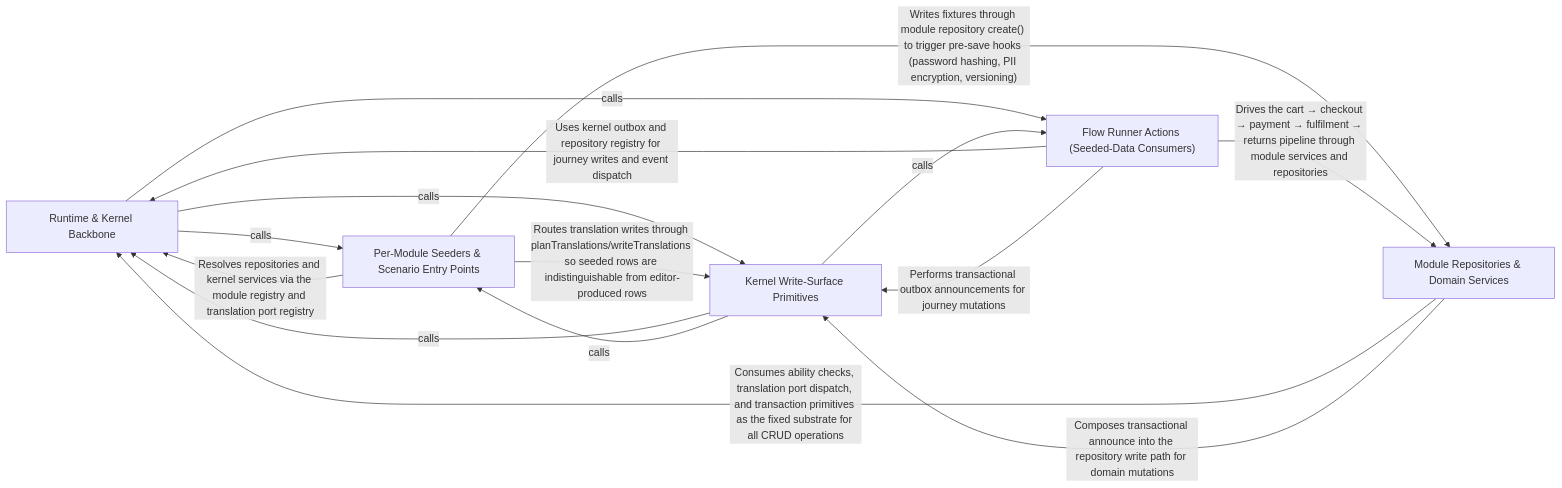
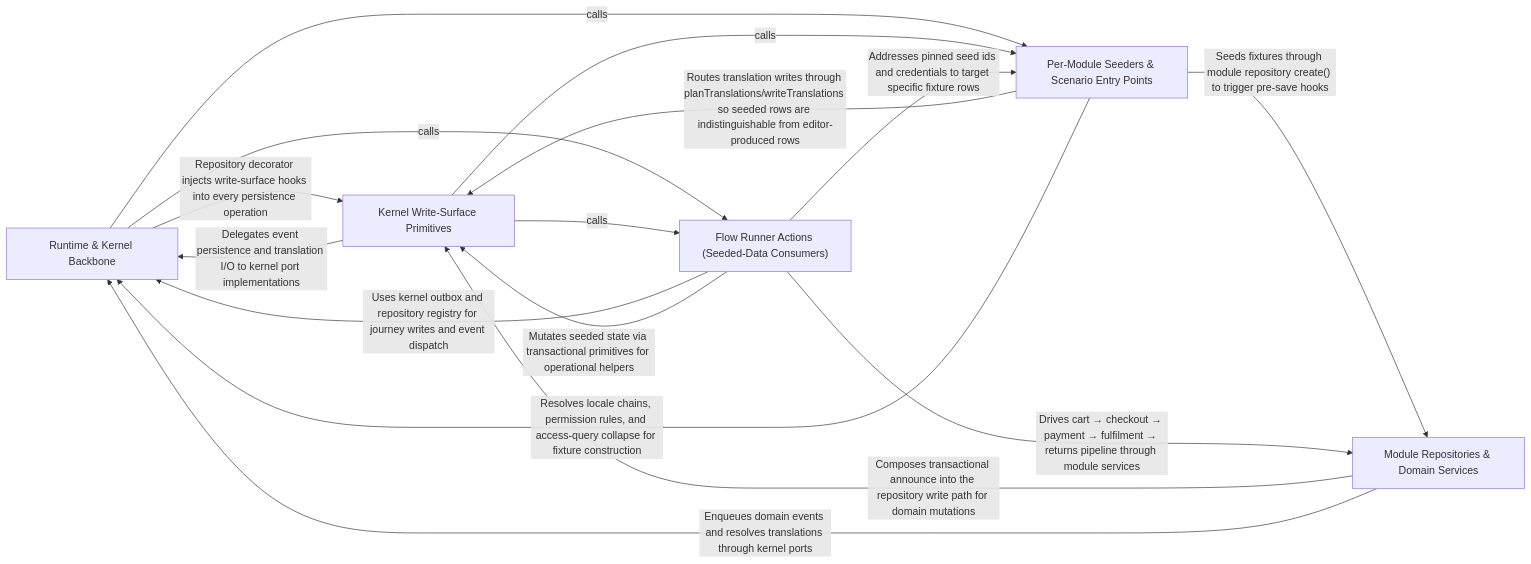
Before and after one commit to Guebbit/boilerplate-node-backend: the diagram in .2brain/arch/Scenario_Seed_Fixtures.md, drawn with Mermaid. The commit also changed other lines of this file and 1102 other files, not shown here.

````diff
--- a/.2brain/arch/Scenario_Seed_Fixtures.md
+++ b/.2brain/arch/Scenario_Seed_Fixtures.md
@@ -10,27 +10,28 @@
 ```mermaid
 graph LR
     Runtime_Kernel_Backbone["Runtime & Kernel Backbone"]
     Kernel_Write_Surface_Primitives["Kernel Write-Surface Primitives"]
     Module_Repositories_Domain_Services["Module Repositories & Domain Services"]
     Per_Module_Seeders_Scenario_Entry_Points["Per-Module Seeders & Scenario Entry Points"]
     Flow_Runner_Actions_Seeded_Data_Consumers_["Flow Runner Actions (Seeded-Data Consumers)"]
+    Runtime_Kernel_Backbone -- "Repository decorator injects write-surface hooks into every persistence operation" --> Kernel_Write_Surface_Primitives
     Runtime_Kernel_Backbone -- "calls" --> Per_Module_Seeders_Scenario_Entry_Points
     Runtime_Kernel_Backbone -- "calls" --> Flow_Runner_Actions_Seeded_Data_Consumers_
-    Runtime_Kernel_Backbone -- "calls" --> Kernel_Write_Surface_Primitives
-    Kernel_Write_Surface_Primitives -- "calls" --> Runtime_Kernel_Backbone
+    Kernel_Write_Surface_Primitives -- "Delegates event persistence and translation I/O to kernel port implementations" --> Runtime_Kernel_Backbone
     Kernel_Write_Surface_Primitives -- "calls" --> Flow_Runner_Actions_Seeded_Data_Consumers_
     Kernel_Write_Surface_Primitives -- "calls" --> Per_Module_Seeders_Scenario_Entry_Points
-    Module_Repositories_Domain_Services -- "Consumes ability checks, translation port dispatch, and transaction primitives as the fixed substrate for all CRUD operations" --> Runtime_Kernel_Backbone
     Module_Repositories_Domain_Services -- "Composes transactional announce into the repository write path for domain mutations" --> Kernel_Write_Surface_Primitives
+    Module_Repositories_Domain_Services -- "Enqueues domain events and resolves translations through kernel ports" --> Runtime_Kernel_Backbone
     Per_Module_Seeders_Scenario_Entry_Points -- "Routes translation writes through planTranslations/writeTranslations so seeded rows are indistinguishable from editor-produced rows" --> Kernel_Write_Surface_Primitives
-    Per_Module_Seeders_Scenario_Entry_Points -- "Writes fixtures through module repository create() to trigger pre-save hooks (password hashing, PII encryption, versioning)" --> Module_Repositories_Domain_Services
-    Per_Module_Seeders_Scenario_Entry_Points -- "Resolves repositories and kernel services via the module registry and translation port registry" --> Runtime_Kernel_Backbone
-    Flow_Runner_Actions_Seeded_Data_Consumers_ -- "Drives the cart → checkout → payment → fulfilment → returns pipeline through module services and repositories" --> Module_Repositories_Domain_Services
+    Per_Module_Seeders_Scenario_Entry_Points -- "Seeds fixtures through module repository create() to trigger pre-save hooks" --> Module_Repositories_Domain_Services
+    Per_Module_Seeders_Scenario_Entry_Points -- "Resolves locale chains, permission rules, and access-query collapse for fixture construction" --> Runtime_Kernel_Backbone
+    Flow_Runner_Actions_Seeded_Data_Consumers_ -- "Drives cart → checkout → payment → fulfilment → returns pipeline through module services" --> Module_Repositories_Domain_Services
     Flow_Runner_Actions_Seeded_Data_Consumers_ -- "Uses kernel outbox and repository registry for journey writes and event dispatch" --> Runtime_Kernel_Backbone
-    Flow_Runner_Actions_Seeded_Data_Consumers_ -- "Performs transactional outbox announcements for journey mutations" --> Kernel_Write_Surface_Primitives
+    Flow_Runner_Actions_Seeded_Data_Consumers_ -- "Mutates seeded state via transactional primitives for operational helpers" --> Kernel_Write_Surface_Primitives
+    Flow_Runner_Actions_Seeded_Data_Consumers_ -- "Addresses pinned seed ids and credentials to target specific fixture rows" --> Per_Module_Seeders_Scenario_Entry_Points
     click Runtime_Kernel_Backbone href "./Runtime_Kernel_Backbone.md" "Details"
     click Kernel_Write_Surface_Primitives href "./Kernel_Write_Surface_Primitives.md" "Details"
     click Module_Repositories_Domain_Services href "./Module_Repositories_Domain_Services.md" "Details"
     click Per_Module_Seeders_Scenario_Entry_Points href "./Per_Module_Seeders_Scenario_Entry_Points.md" "Details"
     click Flow_Runner_Actions_Seeded_Data_Consumers_ href "./Flow_Runner_Actions_Seeded_Data_Consumers_.md" "Details"
 ```
````
